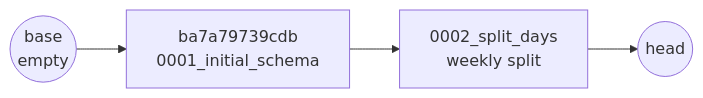
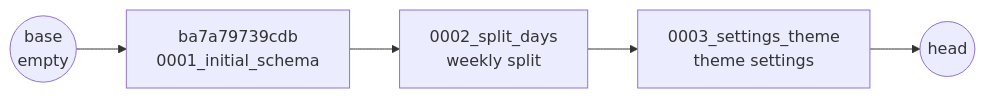
One commit to coopermay/fitness-tracker changed the second of 2 diagrams in docs/03-database/migrations.md. Above: the diagram before and after it, drawn with Mermaid. The commit also changed other lines of this file and 46 other files, not shown here.

````diff
--- a/docs/03-database/migrations.md
+++ b/docs/03-database/migrations.md
@@ -35,4 +35,4 @@
 ```mermaid
 flowchart LR
-    base(("base<br/>empty")) --> m1["ba7a79739cdb<br/>0001_initial_schema"] --> m2["0002_split_days<br/>weekly split"] --> head(("head"))
+    base(("base<br/>empty")) --> m1["ba7a79739cdb<br/>0001_initial_schema"] --> m2["0002_split_days<br/>weekly split"] --> m3["0003_settings_theme<br/>theme settings"] --> head(("head"))
 ```
````
